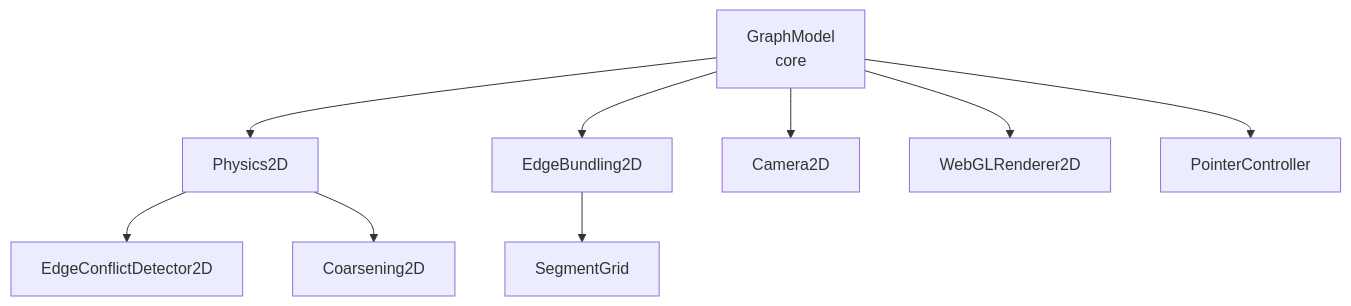
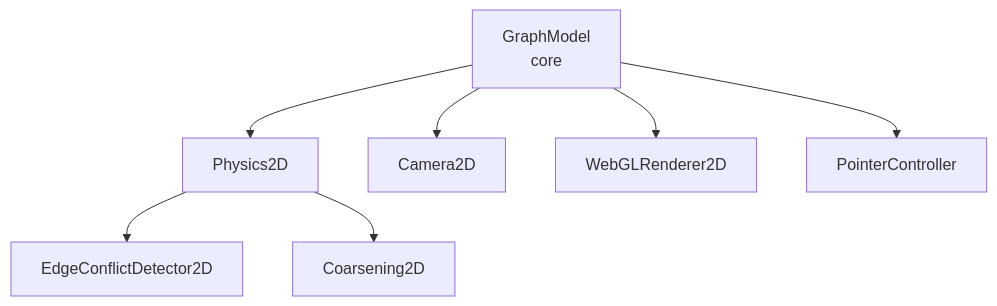
The fourth of 4 diagrams in docs/architecture.md (YuriAlvesBordin/Graphium), drawn with Mermaid before and after one commit. The commit also changed other lines of this file and 26 other files, not shown here.

````diff
--- a/docs/architecture.md
+++ b/docs/architecture.md
@@ -186,12 +162,10 @@
 ```mermaid
 graph TD
     GM[GraphModel<br/>core] --> PH[Physics2D]
-    GM --> EB[EdgeBundling2D]
     GM --> CAM[Camera2D]
     GM --> WGL[WebGLRenderer2D]
     GM --> PC[PointerController]
 
     PH --> EC[EdgeConflictDetector2D]
     PH --> CO[Coarsening2D]
-    EB --> SG[SegmentGrid]
 ```
````
